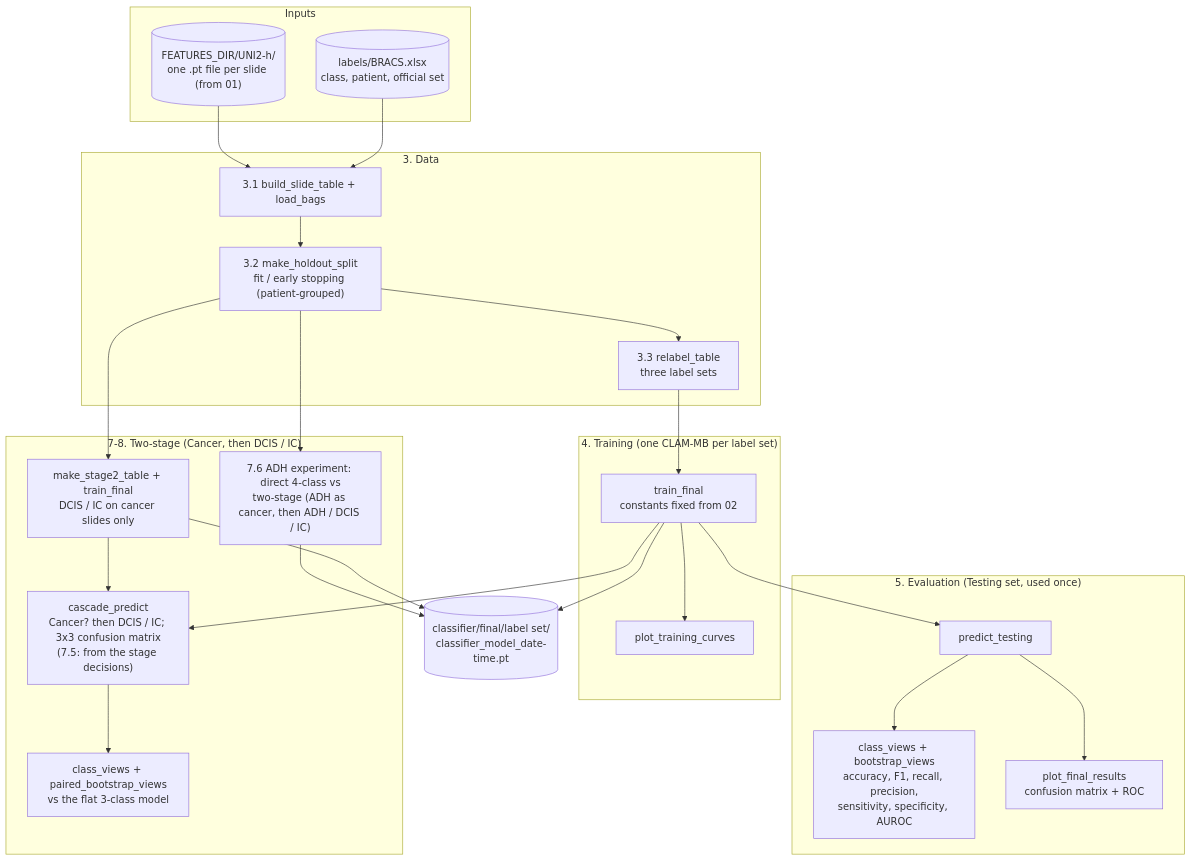
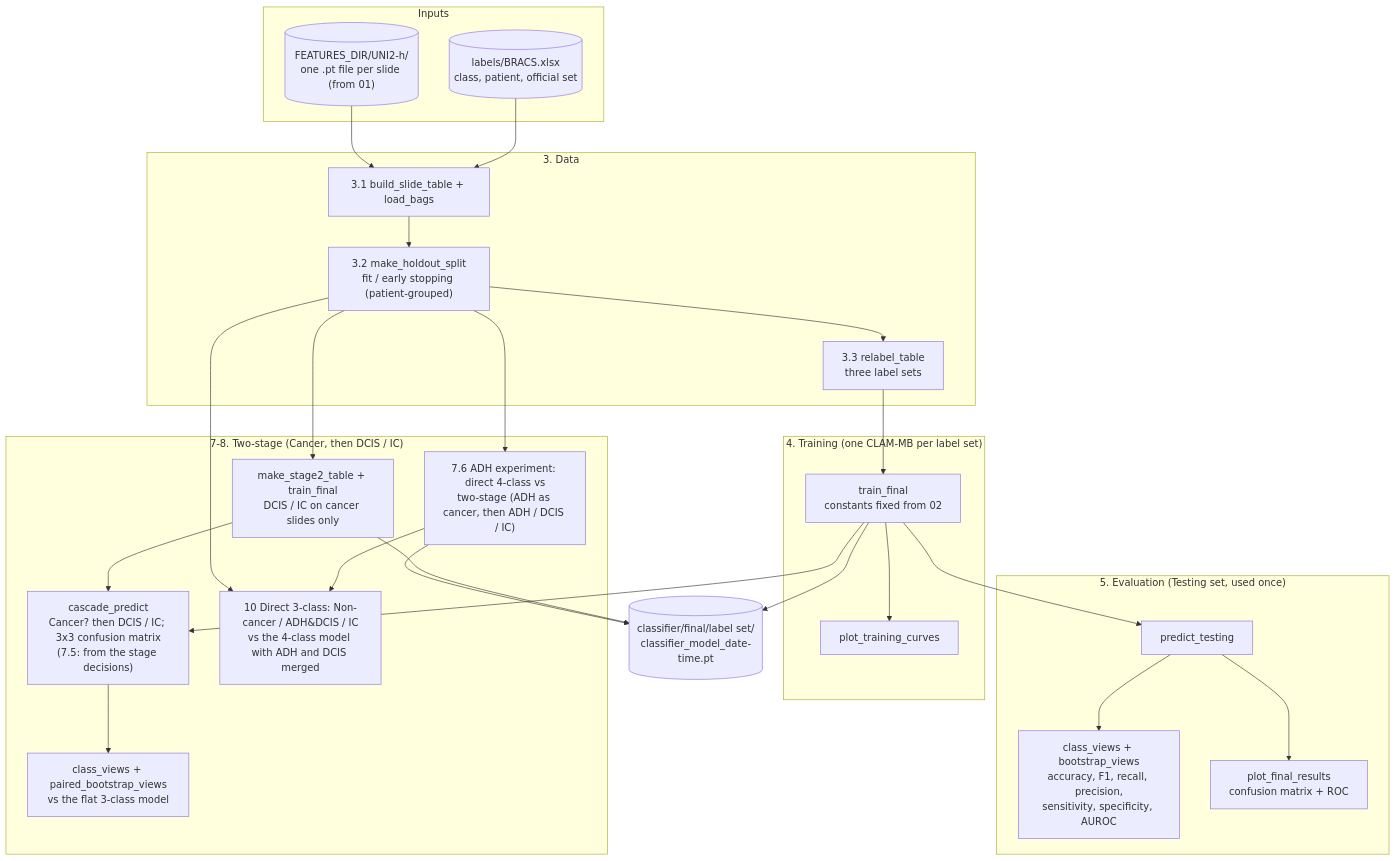
Before and after one commit to guisazevedo/phd_streamembed: the fifth of 7 diagrams in README.md, drawn with Mermaid. The commit also changed other lines of this file and 21 other files, not shown here.

````diff
--- a/README.md
+++ b/README.md
@@ -313,51 +367,54 @@
 ```mermaid
 flowchart TD
     subgraph IN["Inputs"]
         FEAT[("FEATURES_DIR/UNI2-h/<br/>one .pt file per slide (from 01)")]
         LAB[("labels/BRACS.xlsx<br/>class, patient, official set")]
     end
 
     subgraph S3["3. Data"]
         D1["3.1 build_slide_table + load_bags"]
         D2["3.2 make_holdout_split<br/>fit / early stopping (patient-grouped)"]
         D3["3.3 relabel_table<br/>three label sets"]
     end
 
     subgraph S4["4. Training (one CLAM-MB per label set)"]
         T1["train_final<br/>constants fixed from 02"]
         T2["plot_training_curves"]
     end
 
     subgraph S5["5. Evaluation (Testing set, used once)"]
         E1["predict_testing"]
         E2["class_views + bootstrap_views<br/>accuracy, F1, recall, precision,<br/>sensitivity, specificity, AUROC"]
         E3["plot_final_results<br/>confusion matrix + ROC"]
     end
 
     subgraph S7["7-8. Two-stage (Cancer, then DCIS / IC)"]
         H1["make_stage2_table + train_final<br/>DCIS / IC on cancer slides only"]
         H2["cascade_predict<br/>Cancer? then DCIS / IC; 3x3 confusion matrix<br/>(7.5: from the stage decisions)"]
         H3["class_views + paired_bootstrap_views<br/>vs the flat 3-class model"]
         H4["7.6 ADH experiment: direct 4-class vs<br/>two-stage (ADH as cancer, then ADH / DCIS / IC)"]
+        H5["10 Direct 3-class: Non-cancer / ADH&DCIS / IC<br/>vs the 4-class model with ADH and DCIS merged"]
     end
 
     OUT[("classifier/final/label set/<br/>classifier_model_date-time.pt")]
 
     FEAT --> D1
     LAB --> D1
     D1 --> D2
     D2 --> D3
     D3 --> T1
     T1 --> T2
     T1 --> E1
     E1 --> E2
     E1 --> E3
     T1 --> OUT
     D2 --> H1
     T1 --> H2
     H1 --> H2
     H2 --> H3
     D2 --> H4
+    D2 --> H5
+    H4 --> H5
     H4 --> OUT
     H1 --> OUT
 ```
````
